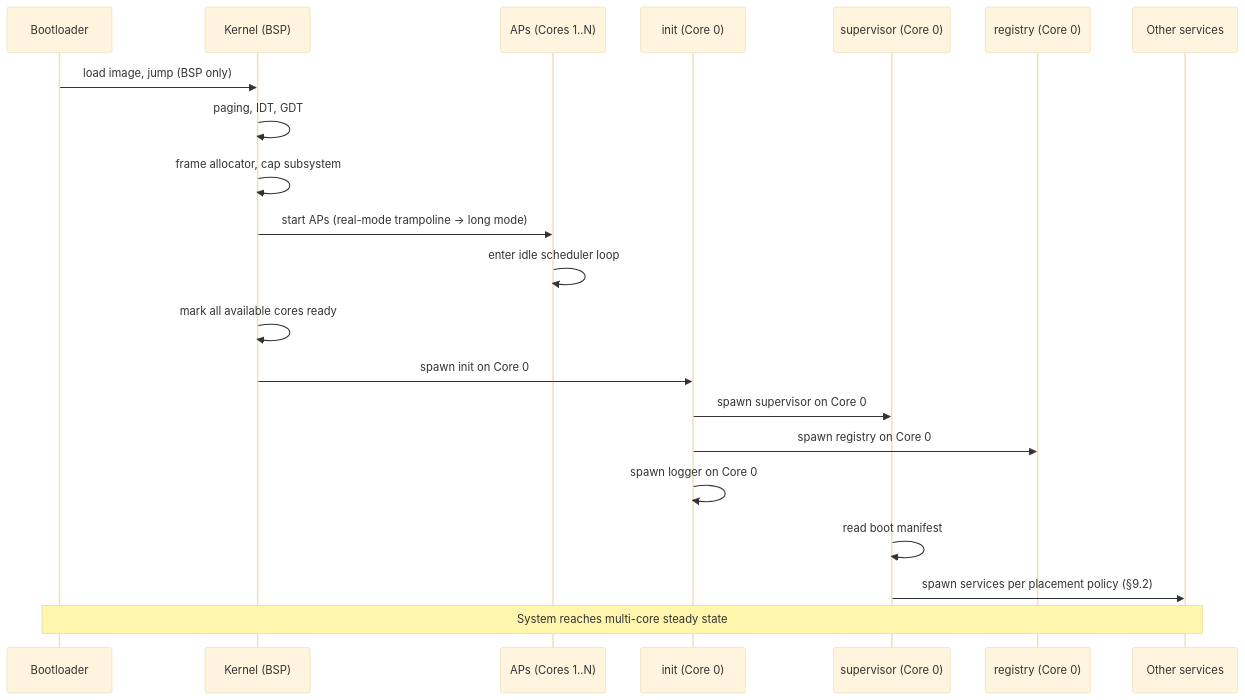
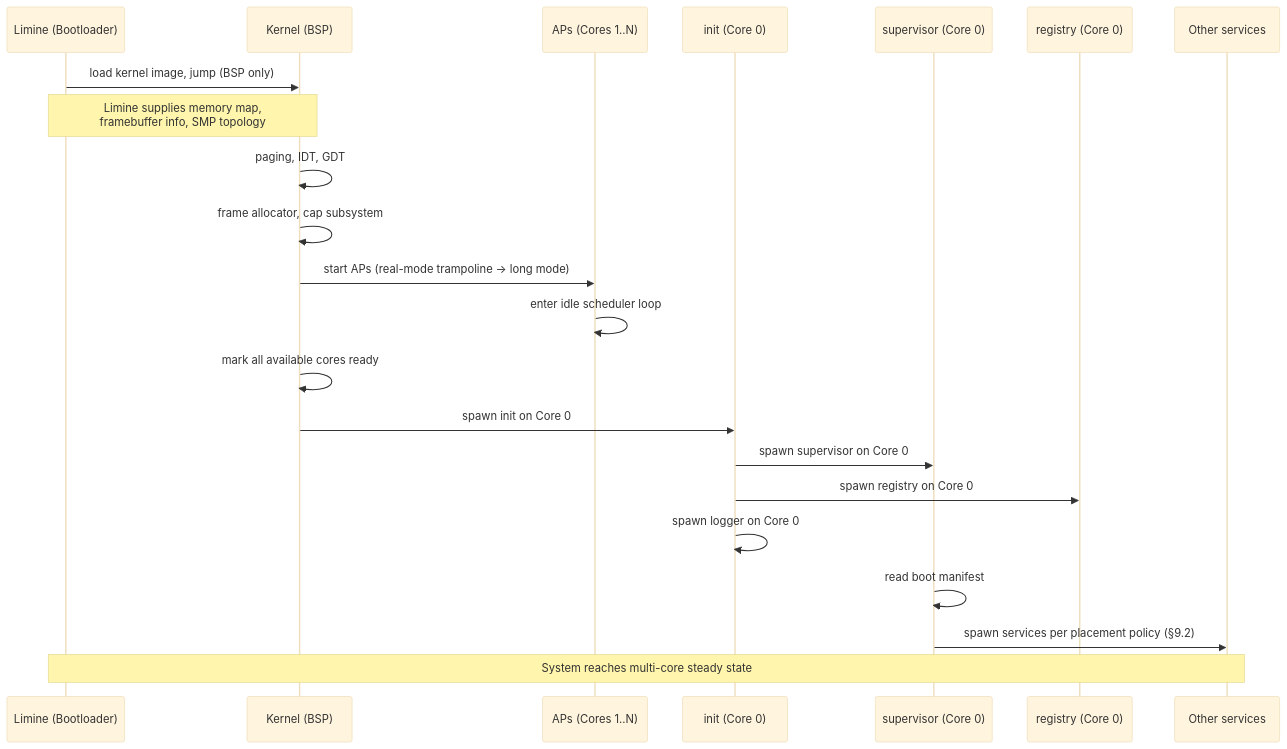
Before and after one commit to godspeedhq/godspeed-os: the sixth of 10 diagrams in CLAUDE.md, drawn with Mermaid (base theme). The commit also changed other lines of this file and 10 other files, not shown here.

````diff
--- a/CLAUDE.md
+++ b/CLAUDE.md
@@ -614,24 +624,25 @@
 ```mermaid
 sequenceDiagram
-    participant BL as Bootloader
+    participant BL as Limine (Bootloader)
     participant K as Kernel (BSP)
     participant APs as APs (Cores 1..N)
     participant I as init (Core 0)
     participant S as supervisor (Core 0)
     participant R as registry (Core 0)
     participant Svc as Other services
 
-    BL->>K: load image, jump (BSP only)
+    BL->>K: load kernel image, jump (BSP only)
+    Note over BL,K: Limine supplies memory map,<br/>framebuffer info, SMP topology
     K->>K: paging, IDT, GDT
     K->>K: frame allocator, cap subsystem
     K->>APs: start APs (real-mode trampoline → long mode)
     APs->>APs: enter idle scheduler loop
     K->>K: mark all available cores ready
     K->>I: spawn init on Core 0
     I->>S: spawn supervisor on Core 0
     I->>R: spawn registry on Core 0
     I->>I: spawn logger on Core 0
     S->>S: read boot manifest
     S->>Svc: spawn services per placement policy (§9.2)
     Note over BL,Svc: System reaches multi-core steady state
 ```
````
